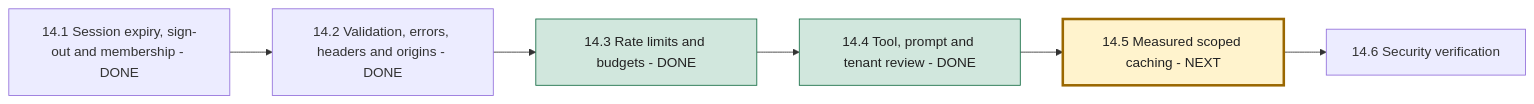
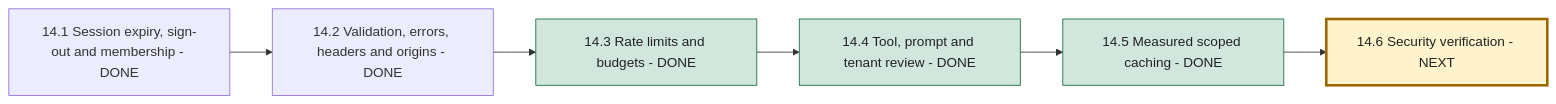
Before and after one commit to msdian0007/nexaAi: the sixth of 6 diagrams in NEXAAI_ROADMAP.md, drawn with Mermaid. The commit also changed other lines of this file and 9 other files, not shown here.

````diff
--- a/NEXAAI_ROADMAP.md
+++ b/NEXAAI_ROADMAP.md
@@ -378,11 +381,12 @@
 ```mermaid
 flowchart LR
     A[14.1 Session expiry, sign-out and membership - DONE] --> B[14.2 Validation, errors, headers and origins - DONE]
     B --> C[14.3 Rate limits and budgets - DONE]
     C --> D[14.4 Tool, prompt and tenant review - DONE]
-    D --> E[14.5 Measured scoped caching - NEXT]
-    E --> F[14.6 Security verification]
+    D --> E[14.5 Measured scoped caching - DONE]
+    E --> F[14.6 Security verification - NEXT]
     style C fill:#d1e7dd,stroke:#146c43,color:#222
     style D fill:#d1e7dd,stroke:#146c43,color:#222
-    style E fill:#fff3cd,stroke:#9a6700,stroke-width:3px,color:#222
+    style E fill:#d1e7dd,stroke:#146c43,color:#222
+    style F fill:#fff3cd,stroke:#9a6700,stroke-width:3px,color:#222
 ```
````
